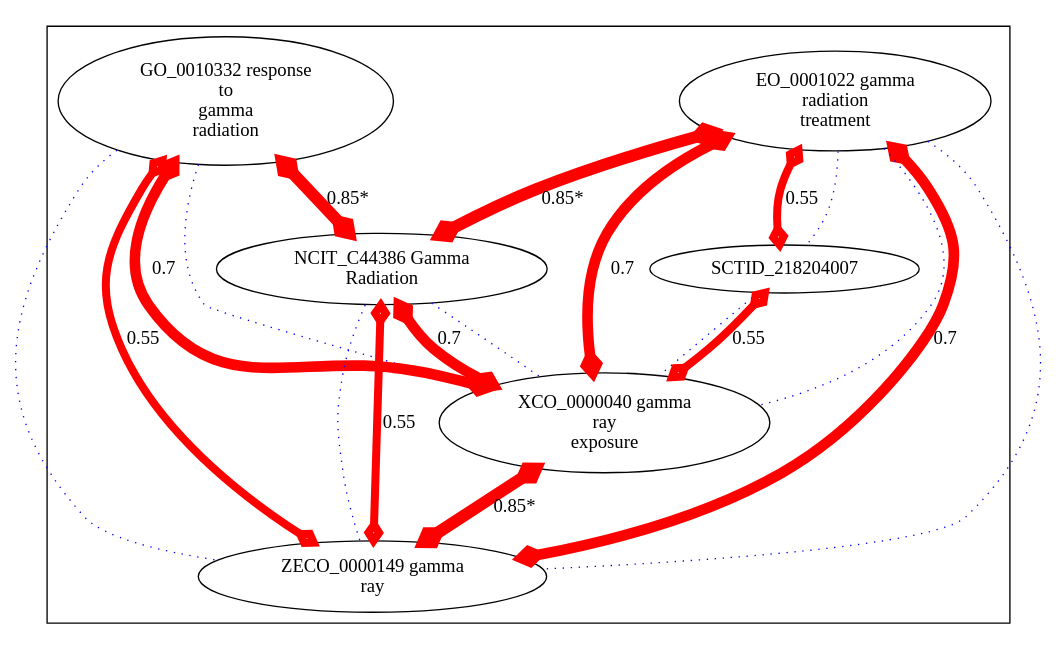
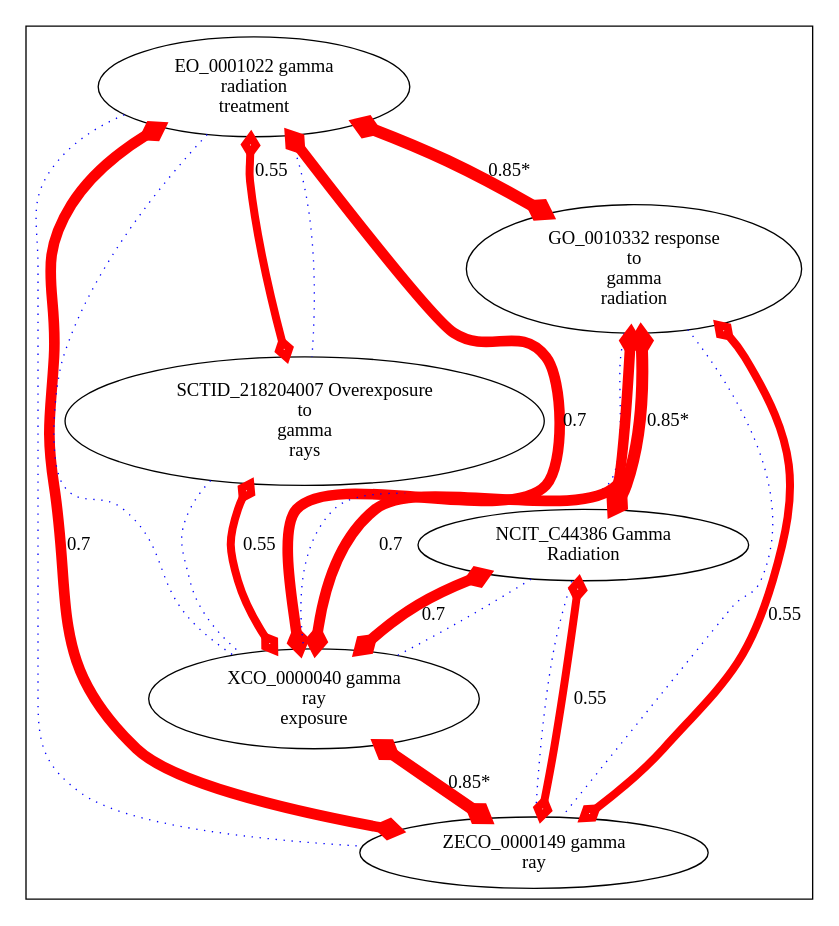
The diagram in target/img-SCTID_218204007.dot (cmungall/radiation-ontology), drawn with Graphviz before and after one commit. The commit also changed 20 other files, not shown here.

```diff
--- a/target/img-SCTID_218204007.dot
+++ b/target/img-SCTID_218204007.dot
@@ -1,53 +1,56 @@
 digraph cliquegraph {
-subgraph cluster_SCTID_218204007 {SCTID_218204007 [ label="SCTID_218204007 " ];
+subgraph cluster_SCTID_218204007 {SCTID_218204007 [ label="SCTID_218204007 Overexposure
+to
+gamma
+rays" ];
 ZECO_0000149 [ label="ZECO_0000149 gamma
 ray" ];
 EO_0001022 [ label="EO_0001022 gamma
 radiation
 treatment" ];
 GO_0010332 [ label="GO_0010332 response
 to
 gamma
 radiation" ];
 XCO_0000040 [ label="XCO_0000040 gamma
 ray
 exposure" ];
 NCIT_C44386 [ label="NCIT_C44386 Gamma
 Radiation" ];}
+SCTID_218204007 -> XCO_0000040 [ arrowhead = none, penwidth=1, color=blue, label="", style=dotted]
+
 NCIT_C44386 -> XCO_0000040 [ arrowhead = none, penwidth=1, color=blue, label="", style=dotted]
 
-GO_0010332 -> XCO_0000040 [ arrowhead = none, penwidth=1, color=blue, label="", style=dotted]
+NCIT_C44386 -> ZECO_0000149 [ arrowhead = none, penwidth=1, color=blue, label="", style=dotted]
+
+EO_0001022 -> SCTID_218204007 [ arrowhead = none, penwidth=1, color=blue, label="", style=dotted]
+
+EO_0001022 -> XCO_0000040 [ arrowhead = none, penwidth=1, color=blue, label="", style=dotted]
 
 EO_0001022 -> ZECO_0000149 [ arrowhead = none, penwidth=1, color=blue, label="", style=dotted]
 
 GO_0010332 -> ZECO_0000149 [ arrowhead = none, penwidth=1, color=blue, label="", style=dotted]
 
-NCIT_C44386 -> ZECO_0000149 [ arrowhead = none, penwidth=1, color=blue, label="", style=dotted]
-
-SCTID_218204007 -> XCO_0000040 [ arrowhead = none, penwidth=1, color=blue, label="", style=dotted]
-
-EO_0001022 -> XCO_0000040 [ arrowhead = none, penwidth=1, color=blue, label="", style=dotted]
-
-EO_0001022 -> SCTID_218204007 [ arrowhead = none, penwidth=1, color=blue, label="", style=dotted]
+GO_0010332 -> XCO_0000040 [ arrowhead = none, penwidth=1, color=blue, label="", style=dotted]
 EO_0001022 -> SCTID_218204007 [ arrowhead = ediamond, penwidth=6, color=red, label="0.55", style=solid, arrowtail=ediamond, dir=both]
 
+NCIT_C44386 -> ZECO_0000149 [ arrowhead = ediamond, penwidth=6, color=red, label="0.55", style=solid, arrowtail=ediamond, dir=both]
+
 GO_0010332 -> ZECO_0000149 [ arrowhead = ediamond, penwidth=6, color=red, label="0.55", style=solid, arrowtail=ediamond, dir=both]
-
-NCIT_C44386 -> ZECO_0000149 [ arrowhead = ediamond, penwidth=6, color=red, label="0.55", style=solid, arrowtail=ediamond, dir=both]
 
 GO_0010332 -> NCIT_C44386 [ arrowhead = ediamond, penwidth=9, color=red, label="0.85*", style=solid, arrowtail=ediamond, dir=both]
 
 SCTID_218204007 -> XCO_0000040 [ arrowhead = ediamond, penwidth=6, color=red, label="0.55", style=solid, arrowtail=ediamond, dir=both]
 
 EO_0001022 -> ZECO_0000149 [ arrowhead = ediamond, penwidth=8, color=red, label="0.7", style=solid, arrowtail=ediamond, dir=both]
 
-EO_0001022 -> NCIT_C44386 [ arrowhead = ediamond, penwidth=9, color=red, label="0.85*", style=solid, arrowtail=ediamond, dir=both]
+EO_0001022 -> GO_0010332 [ arrowhead = ediamond, penwidth=9, color=red, label="0.85*", style=solid, arrowtail=ediamond, dir=both]
 
 NCIT_C44386 -> XCO_0000040 [ arrowhead = ediamond, penwidth=8, color=red, label="0.7", style=solid, arrowtail=ediamond, dir=both]
 
 XCO_0000040 -> ZECO_0000149 [ arrowhead = ediamond, penwidth=9, color=red, label="0.85*", style=solid, arrowtail=ediamond, dir=both]
 
 GO_0010332 -> XCO_0000040 [ arrowhead = ediamond, penwidth=8, color=red, label="0.7", style=solid, arrowtail=ediamond, dir=both]
 
 EO_0001022 -> XCO_0000040 [ arrowhead = ediamond, penwidth=8, color=red, label="0.7", style=solid, arrowtail=ediamond, dir=both]
 }
```
